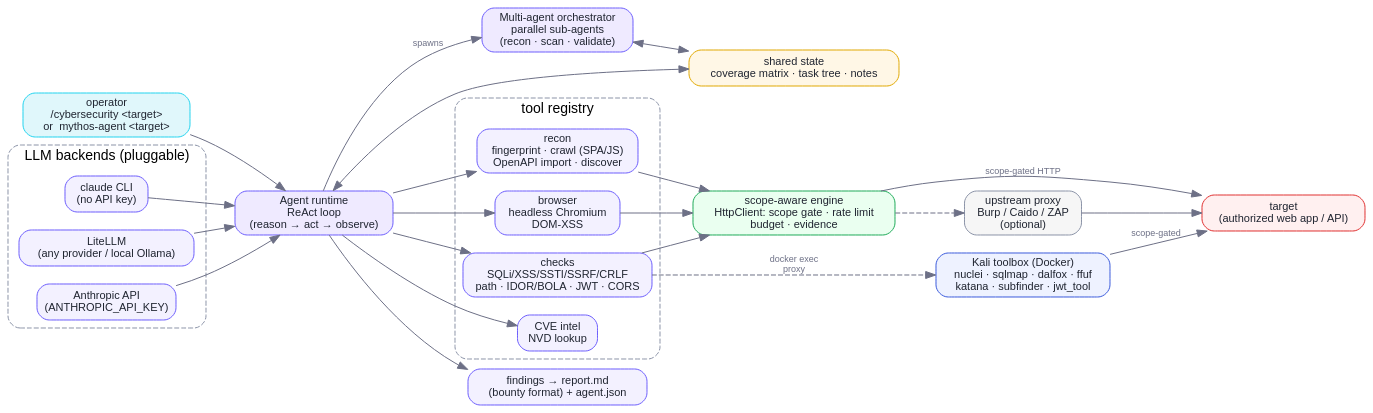
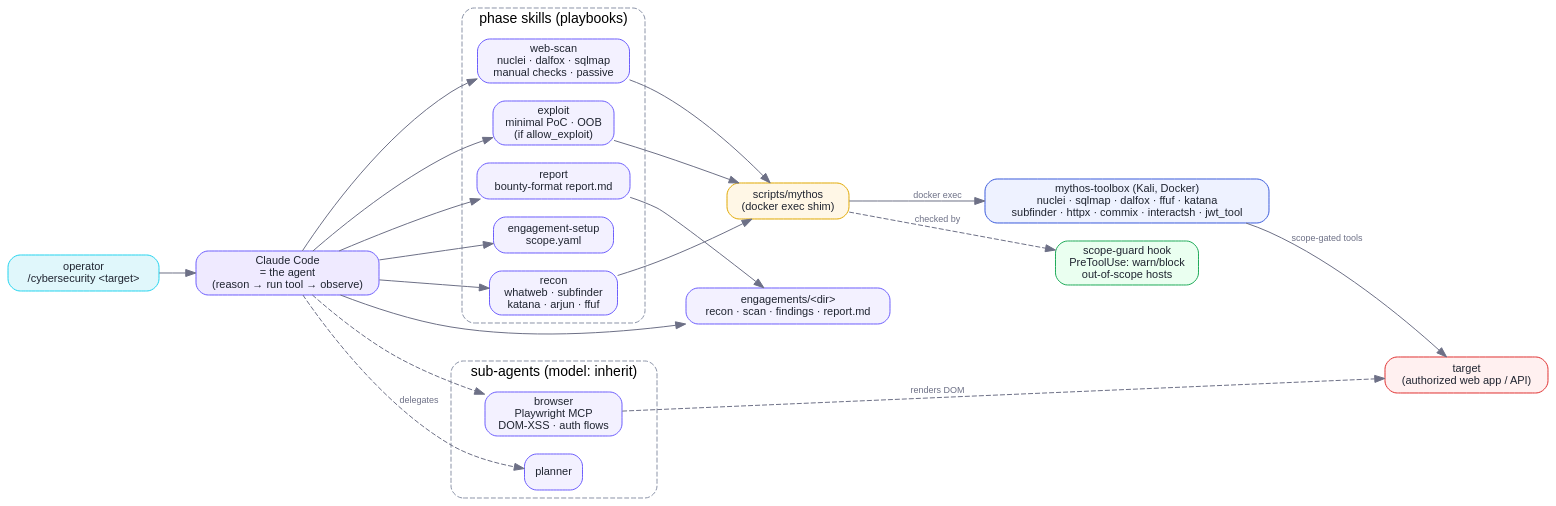
One commit to raphaelbleier/mythos-sec changed the diagram in docs/assets/architecture.dot. Above: the diagram before and after it, drawn with Graphviz. The commit also changed 76 other files, not shown here.

```diff
--- a/docs/assets/architecture.dot
+++ b/docs/assets/architecture.dot
@@ -1,49 +1,45 @@
 // Mythos architecture — render: dot -Tsvg architecture.dot -o architecture.svg
 digraph mythos {
   rankdir=LR;
   bgcolor="transparent";
   node [shape=box, style="rounded,filled", fontname="Helvetica", fontsize=11,
         color="#6d5efc", fillcolor="#f3f1ff", fontcolor="#1f2430"];
   edge [color="#6d7086", fontname="Helvetica", fontsize=9, fontcolor="#6d7086"];
 
-  user [label="operator\n/cybersecurity <target>\nor  mythos-agent <target>", fillcolor="#e0f7fb", color="#22d3ee"];
+  user [label="operator\n/cybersecurity <target>", fillcolor="#e0f7fb", color="#22d3ee"];
 
-  subgraph cluster_llm {
-    label="LLM backends (pluggable)"; style="rounded,dashed"; color="#8b93a7"; fontname="Helvetica";
-    cli   [label="claude CLI\n(no API key)"];
-    lite  [label="LiteLLM\n(any provider / local Ollama)"];
-    api   [label="Anthropic API\n(ANTHROPIC_API_KEY)"];
+  cc [label="Claude Code\n= the agent\n(reason → run tool → observe)", fillcolor="#efeaff", color="#6d5efc"];
+
+  subgraph cluster_skills {
+    label="phase skills (playbooks)"; style="rounded,dashed"; color="#8b93a7"; fontname="Helvetica";
+    setup   [label="engagement-setup\nscope.yaml"];
+    recon   [label="recon\nwhatweb · subfinder\nkatana · arjun · ffuf"];
+    scan    [label="web-scan\nnuclei · dalfox · sqlmap\nmanual checks · passive"];
+    exploit [label="exploit\nminimal PoC · OOB\n(if allow_exploit)"];
+    report  [label="report\nbounty-format report.md"];
   }
 
-  agent [label="Agent runtime\nReAct loop\n(reason → act → observe)", fillcolor="#efeaff", color="#6d5efc"];
-  orch  [label="Multi-agent orchestrator\nparallel sub-agents\n(recon · scan · validate)", fillcolor="#efeaff", color="#6d5efc"];
-  state [label="shared state\ncoverage matrix · task tree · notes", fillcolor="#fff7e6", color="#e0a800"];
-
-  subgraph cluster_tools {
-    label="tool registry"; style="rounded,dashed"; color="#8b93a7"; fontname="Helvetica";
-    recon [label="recon\nfingerprint · crawl (SPA/JS)\nOpenAPI import · discover"];
-    checks [label="checks\nSQLi/XSS/SSTI/SSRF/CRLF\npath · IDOR/BOLA · JWT · CORS"];
-    browser [label="browser\nheadless Chromium\nDOM-XSS"];
-    intel [label="CVE intel\nNVD lookup"];
+  subgraph cluster_agents {
+    label="sub-agents (model: inherit)"; style="rounded,dashed"; color="#8b93a7"; fontname="Helvetica";
+    planner [label="planner"];
+    browser [label="browser\nPlaywright MCP\nDOM-XSS · auth flows"];
   }
 
-  engine [label="scope-aware engine\nHttpClient: scope gate · rate limit\nbudget · evidence", fillcolor="#eafff0", color="#1faa59"];
-  toolbox [label="Kali toolbox (Docker)\nnuclei · sqlmap · dalfox · ffuf\nkatana · subfinder · jwt_tool", fillcolor="#eef2ff", color="#3b5bdb"];
-  proxy [label="upstream proxy\nBurp / Caido / ZAP\n(optional)", fillcolor="#f6f6f6", color="#8b93a7"];
-  target [label="target\n(authorized web app / API)", fillcolor="#fff0f0", color="#e03131"];
-  report [label="findings → report.md\n(bounty format) + agent.json", fillcolor="#f3f1ff", color="#6d5efc"];
+  shim    [label="scripts/mythos\n(docker exec shim)", fillcolor="#fff7e6", color="#e0a800"];
+  toolbox [label="mythos-toolbox (Kali, Docker)\nnuclei · sqlmap · dalfox · ffuf · katana\nsubfinder · httpx · commix · interactsh · jwt_tool", fillcolor="#eef2ff", color="#3b5bdb"];
+  hook    [label="scope-guard hook\nPreToolUse: warn/block\nout-of-scope hosts", fillcolor="#eafff0", color="#1faa59"];
+  target  [label="target\n(authorized web app / API)", fillcolor="#fff0f0", color="#e03131"];
+  out     [label="engagements/<dir>\nrecon · scan · findings · report.md", fillcolor="#f3f1ff", color="#6d5efc"];
 
-  user -> agent;
-  cli -> agent; lite -> agent; api -> agent;
-  agent -> orch [label="spawns"];
-  agent -> state [dir=both];
-  orch -> state [dir=both];
-  agent -> recon; agent -> checks; agent -> browser; agent -> intel;
-  recon -> engine; checks -> engine; browser -> engine;
-  checks -> toolbox [label="docker exec\nproxy", style=dashed];
-  engine -> proxy [style=dashed];
-  engine -> target [label="scope-gated HTTP"];
-  toolbox -> target [label="scope-gated"];
-  proxy -> target;
-  agent -> report;
+  user -> cc;
+  cc -> planner [label="delegates", style=dashed];
+  cc -> setup; cc -> recon; cc -> scan; cc -> exploit; cc -> report;
+  cc -> browser [style=dashed];
+  recon -> shim; scan -> shim; exploit -> shim;
+  browser -> target [label="renders DOM", style=dashed];
+  shim -> toolbox [label="docker exec"];
+  shim -> hook [label="checked by", style=dashed];
+  toolbox -> target [label="scope-gated tools"];
+  cc -> out;
+  report -> out;
 }
```
